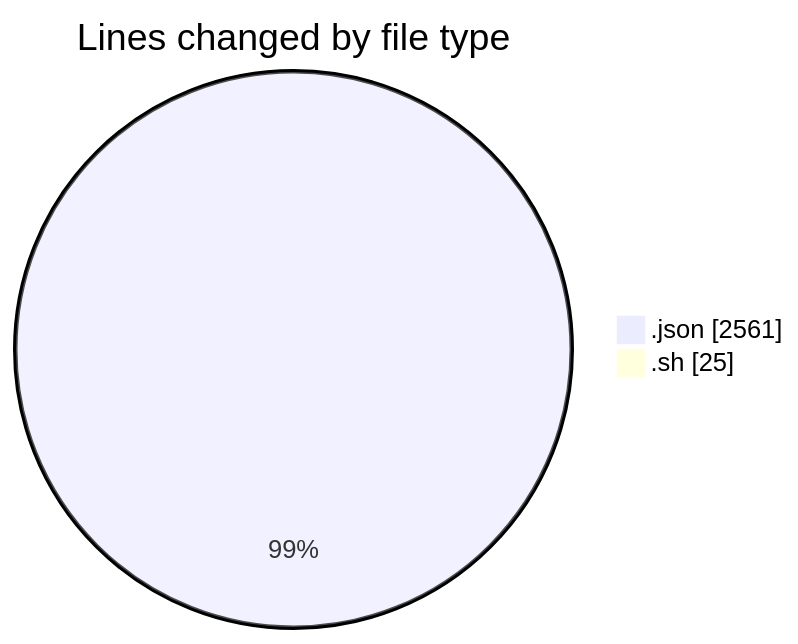
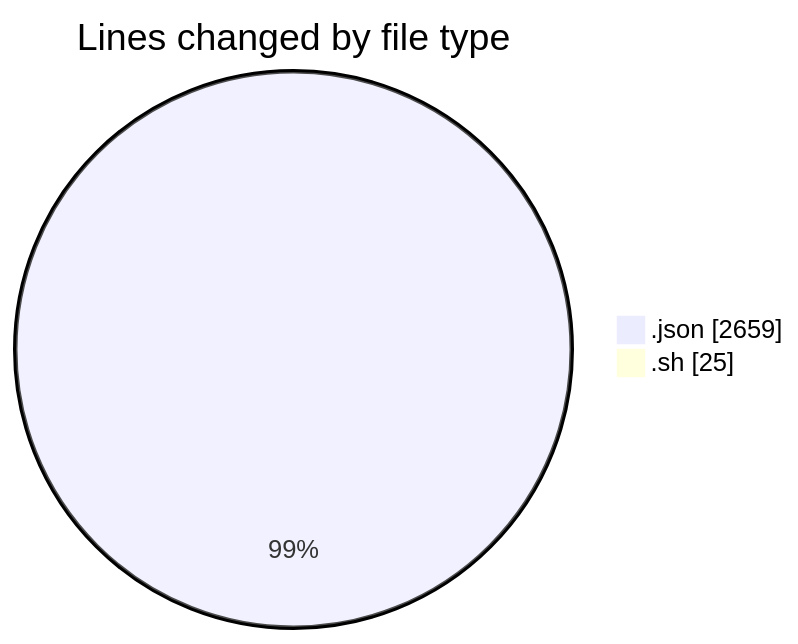
The first of 2 diagrams in 2025-08-03/_claude/README.md (EIIisD/code-tracking), drawn with Mermaid before and after one commit. The commit also changed other lines of this file and 1 other file, not shown here.

````diff
--- a/2025-08-03/_claude/README.md
+++ b/2025-08-03/_claude/README.md
@@ -26,6 +26,6 @@
 ```mermaid
 pie showData
 title Lines changed by file type
-".json" : 2561
+".json" : 2659
 ".sh" : 25
 ```
````
